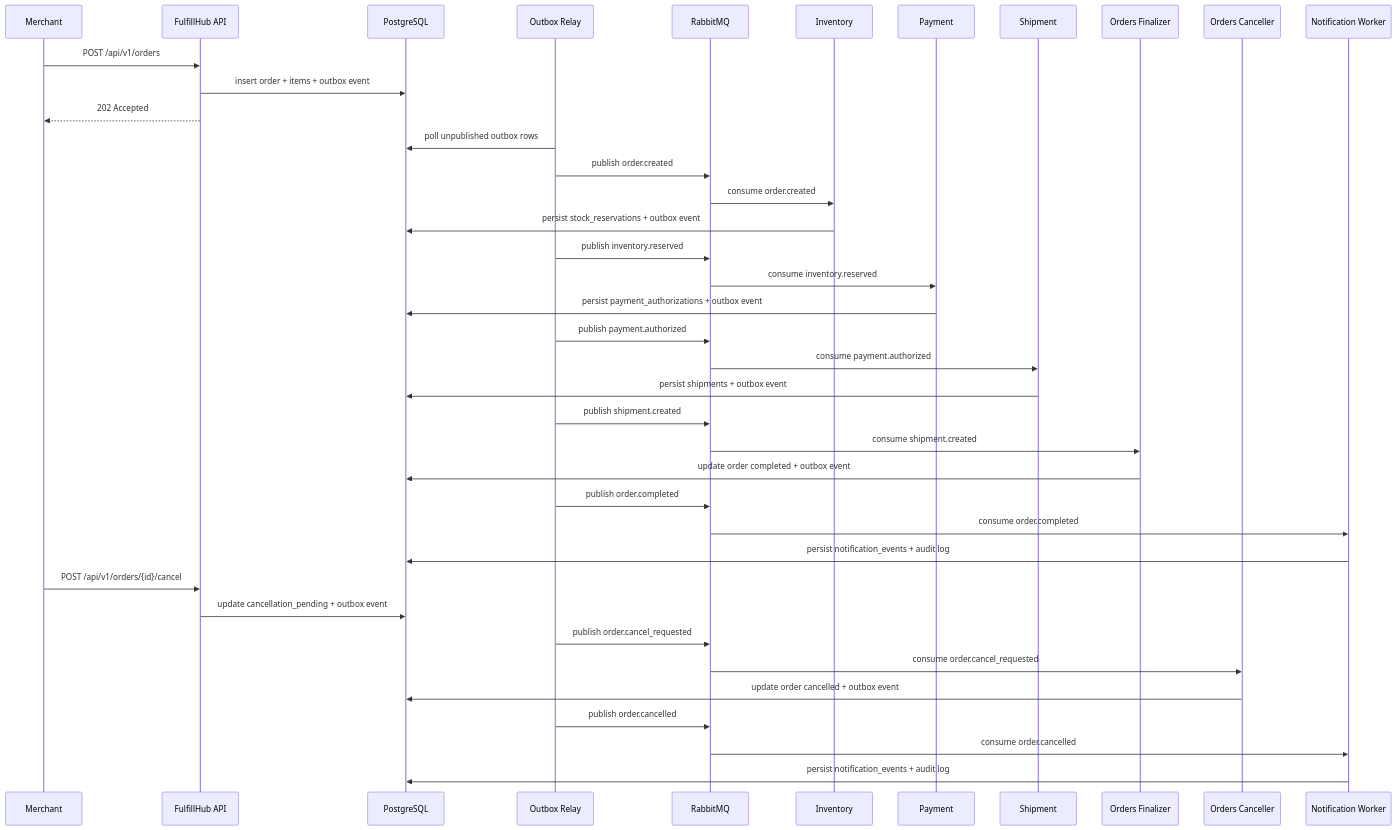
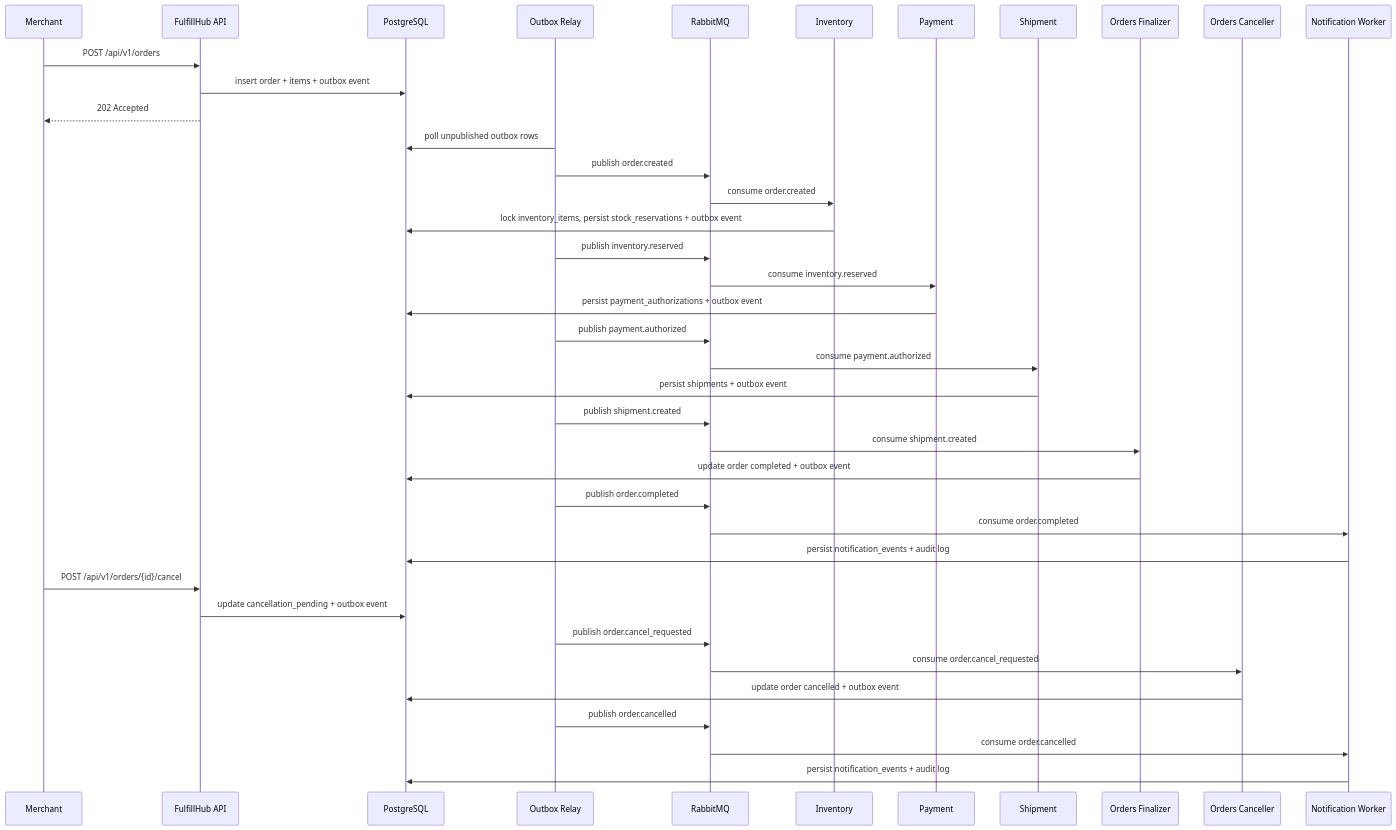
Before and after one commit to Defyland/fulfillhub-go-commerce-platform: the diagram in docs/diagrams/order-saga-sequence.md, drawn with Mermaid. The commit also changed 14 other files, not shown here.

Commit message:
feat(inventory): reserve catalog stock transactionally

````diff
--- a/docs/diagrams/order-saga-sequence.md
+++ b/docs/diagrams/order-saga-sequence.md
@@ -3,43 +3,43 @@
 ```mermaid
 sequenceDiagram
   participant Merchant
   participant API as FulfillHub API
   participant DB as PostgreSQL
   participant Relay as Outbox Relay
   participant MQ as RabbitMQ
   participant Inventory
   participant Payment
   participant Shipment
   participant Orders as Orders Finalizer
   participant Cancel as Orders Canceller
   participant Notify as Notification Worker
 
   Merchant->>API: POST /api/v1/orders
   API->>DB: insert order + items + outbox event
   API-->>Merchant: 202 Accepted
   Relay->>DB: poll unpublished outbox rows
   Relay->>MQ: publish order.created
   MQ->>Inventory: consume order.created
-  Inventory->>DB: persist stock_reservations + outbox event
+  Inventory->>DB: lock inventory_items, persist stock_reservations + outbox event
   Relay->>MQ: publish inventory.reserved
   MQ->>Payment: consume inventory.reserved
   Payment->>DB: persist payment_authorizations + outbox event
   Relay->>MQ: publish payment.authorized
   MQ->>Shipment: consume payment.authorized
   Shipment->>DB: persist shipments + outbox event
   Relay->>MQ: publish shipment.created
   MQ->>Orders: consume shipment.created
   Orders->>DB: update order completed + outbox event
   Relay->>MQ: publish order.completed
   MQ->>Notify: consume order.completed
   Notify->>DB: persist notification_events + audit log
 
   Merchant->>API: POST /api/v1/orders/{id}/cancel
   API->>DB: update cancellation_pending + outbox event
   Relay->>MQ: publish order.cancel_requested
   MQ->>Cancel: consume order.cancel_requested
   Cancel->>DB: update order cancelled + outbox event
   Relay->>MQ: publish order.cancelled
   MQ->>Notify: consume order.cancelled
   Notify->>DB: persist notification_events + audit log
 ```
````
